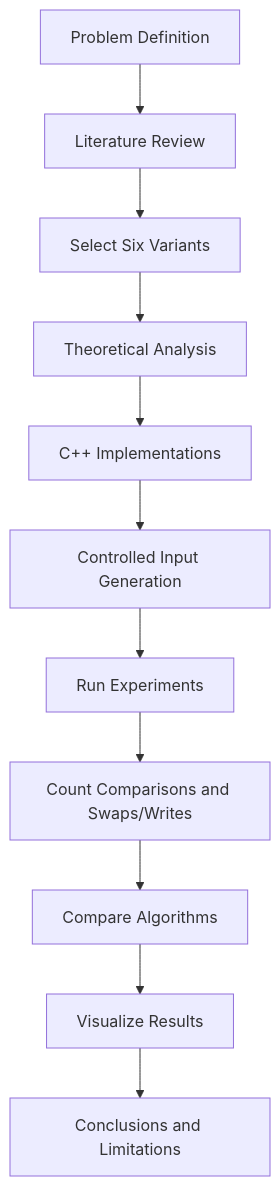
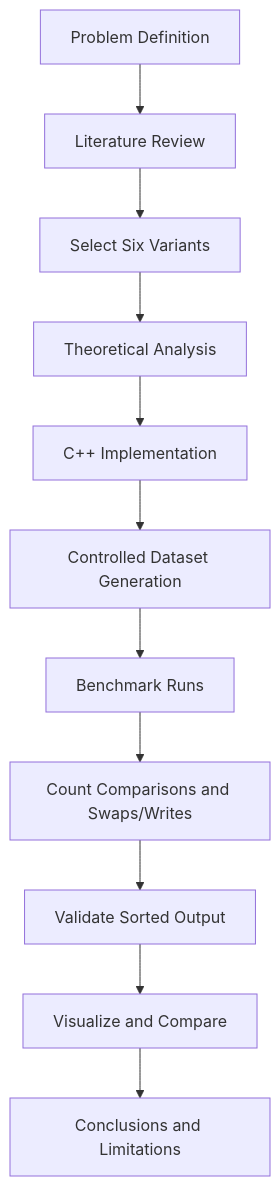
Before and after one commit to imnxr/bubble-sort-variants-analysis: the second of 2 diagrams in README.md, drawn with Mermaid. The commit also changed other lines of this file, not shown here.

Commit message:
Complete README with runnable implementation and academic/reconstruction distinction

````diff
--- a/README.md
+++ b/README.md
@@ -69,13 +78,13 @@
 ```mermaid
 flowchart TD
     A[Problem Definition] --> B[Literature Review]
     B --> C[Select Six Variants]
     C --> D[Theoretical Analysis]
-    D --> E[C++ Implementations]
-    E --> F[Controlled Input Generation]
-    F --> G[Run Experiments]
+    D --> E[C++ Implementation]
+    E --> F[Controlled Dataset Generation]
+    F --> G[Benchmark Runs]
     G --> H[Count Comparisons and Swaps/Writes]
-    H --> I[Compare Algorithms]
-    I --> J[Visualize Results]
+    H --> I[Validate Sorted Output]
+    I --> J[Visualize and Compare]
     J --> K[Conclusions and Limitations]
 ```
````
